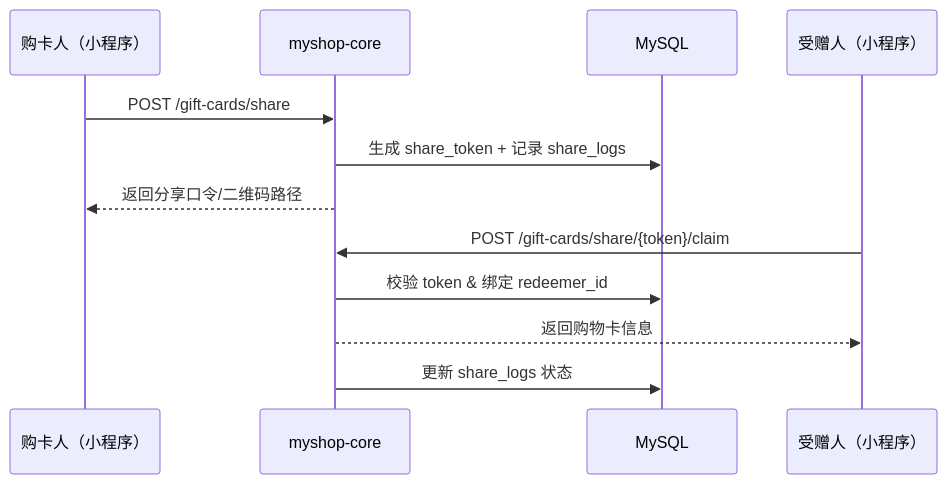
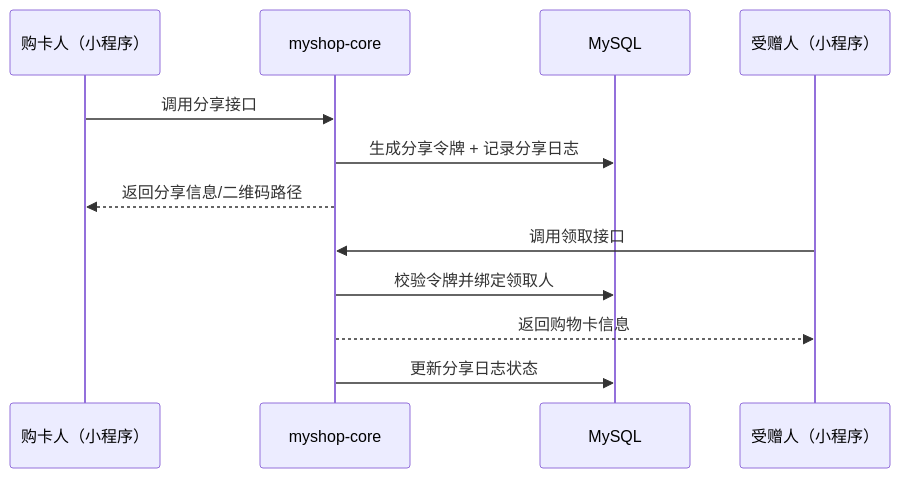
Before and after one commit to HaoranTong/agri-ecommerce-miniprogram: the third of 3 diagrams in docs/04_系统架构图_v2.0.md, drawn with Mermaid. The commit also changed other lines of this file and 30 other files, not shown here.

````diff
--- a/docs/04_系统架构图_v2.0.md
+++ b/docs/04_系统架构图_v2.0.md
@@ -171,15 +171,15 @@
 ```mermaid
 sequenceDiagram
     participant Buyer as 购卡人（小程序）
     participant API as myshop-core
     participant DB as MySQL
     participant Recipient as 受赠人（小程序）
 
-    Buyer->>API: POST /gift-cards/share
-    API->>DB: 生成 share_token + 记录 share_logs
-    API-->>Buyer: 返回分享口令/二维码路径
-    Recipient->>API: POST /gift-cards/share/{token}/claim
-    API->>DB: 校验 token & 绑定 redeemer_id
+    Buyer->>API: 调用分享接口
+    API->>DB: 生成分享令牌 + 记录分享日志
+    API-->>Buyer: 返回分享信息/二维码路径
+    Recipient->>API: 调用领取接口
+    API->>DB: 校验令牌并绑定领取人
     API-->>Recipient: 返回购物卡信息
-    API->>DB: 更新 share_logs 状态
+    API->>DB: 更新分享日志状态
 ```
````
